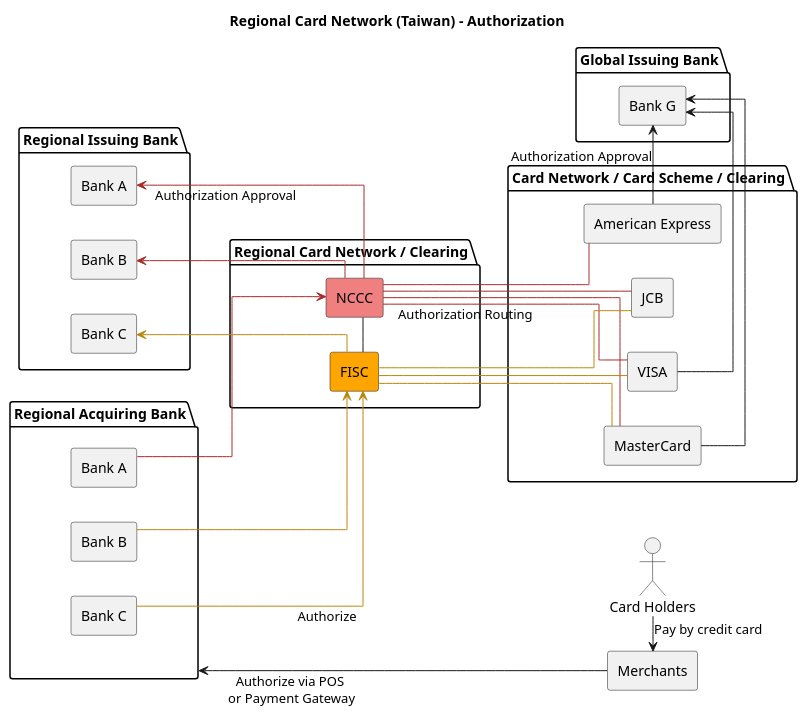
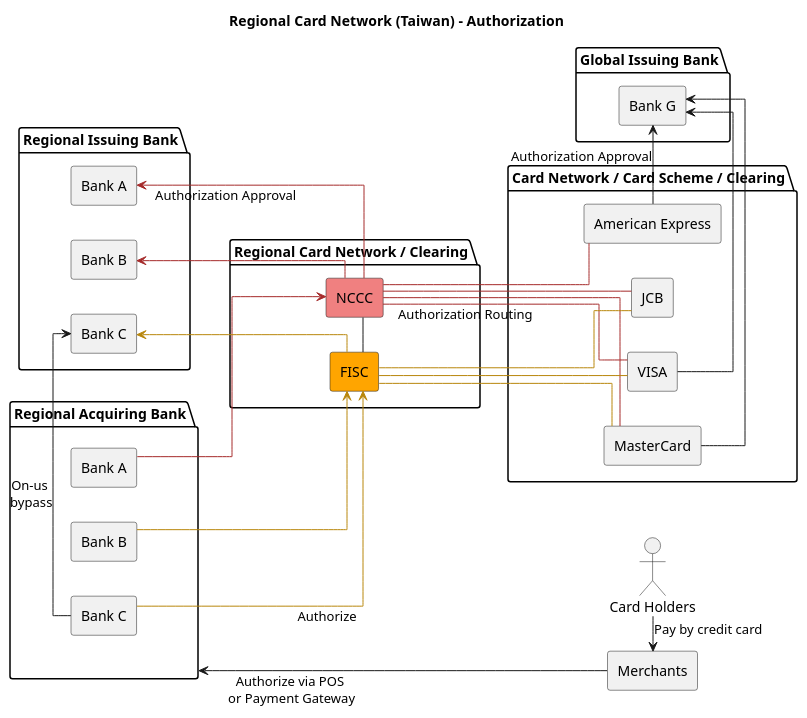
Before and after one commit to yidas/web-service-architectures: the diagram in payment/local-card-services-authorization.plantuml, drawn with PlantUML.

```diff
--- a/payment/local-card-services-authorization.plantuml
+++ b/payment/local-card-services-authorization.plantuml
@@ -1,59 +1,60 @@
 @startuml
 skinparam linetype polyline
 skinparam linetype ortho
 left to right direction
 
 title "Regional Card Network (Taiwan) - Authorization"
 
 actor "Card Holders" as user
 agent "Merchants" as merchant
 package "Card Network / Card Scheme / Clearing" as ccnet {
   agent "VISA" as visa
   agent "MasterCard" as mc
   agent "JCB" as jcb
   agent "American Express" as axp
 }
 package "Regional Card Network / Clearing" as ccnet_local {
   agent "NCCC" as nccc #lightcoral
   agent "FISC" as fisc #orange
 }
 package "Global Issuing Bank" as issuer_global {
   agent "Bank G" as issuer_global_a
 }
 package "Regional Issuing Bank" as issuer_local {
   agent "Bank A" as issuer_a
   agent "Bank C" as issuer_b
   agent "Bank B" as issuer_c
 }
 package "Regional Acquiring Bank" as acquirer_local {
   agent "Bank A" as acquirer_a
   agent "Bank C" as acquirer_b
   agent "Bank B" as acquirer_c
 }
 
 
 merchant -up--> acquirer_local: Authorize via POS\n or Payment Gateway
 
 nccc - fisc
 nccc --[#brown] visa: Authorization Routing
 nccc --[#brown] mc
 nccc --[#brown] jcb
 nccc --[#brown] axp
 fisc --[#darkGoldenRod] visa
 fisc --[#darkGoldenRod] mc
 fisc -[#darkGoldenRod] jcb
 
 issuer_a <--[#brown] nccc: Authorization Approval
 acquirer_a --[#brown]> nccc
+acquirer_b -> issuer_b: On-us \nbypass
 issuer_b <--[#darkGoldenRod] fisc
 acquirer_b --[#darkGoldenRod]> fisc: Authorize
 issuer_c <--[#brown] nccc
 acquirer_c --[#darkGoldenRod]> fisc
 
 issuer_global_a <-right- visa
 issuer_global_a <-right- mc
 issuer_global_a <-right- axp: Authorization Approval
 
 
 user -right-> merchant: Pay by credit card 　
 @enduml
```
